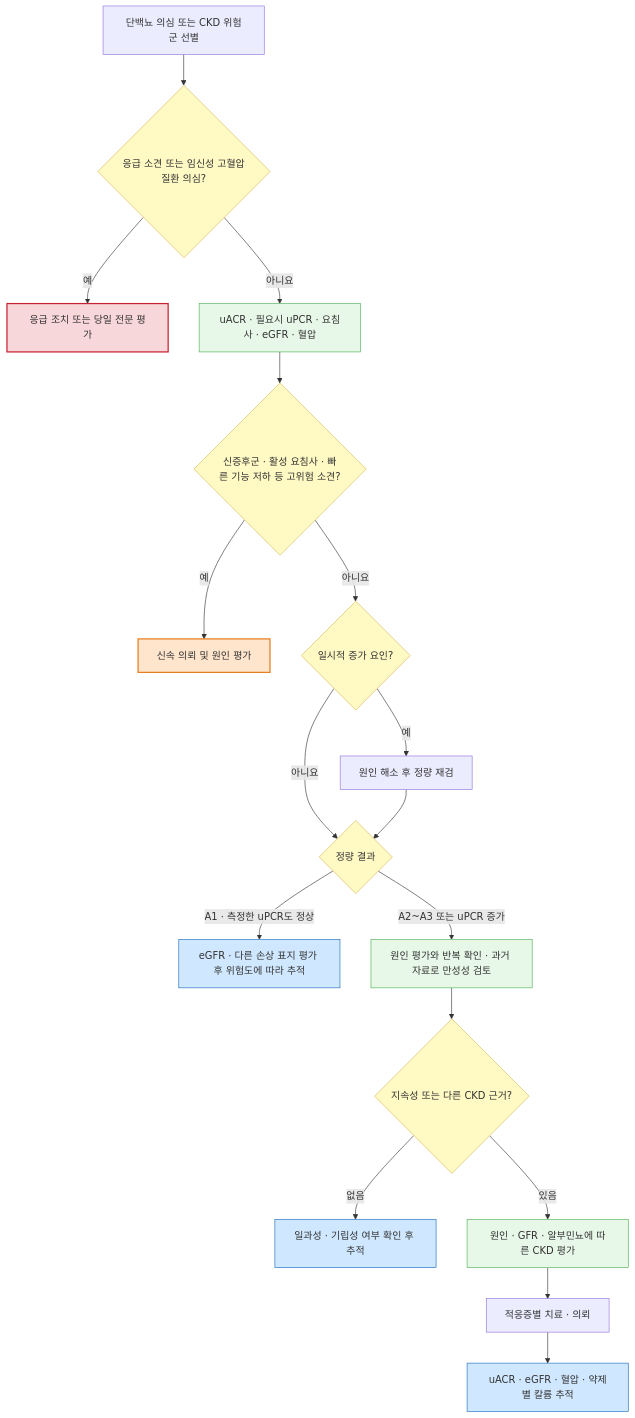
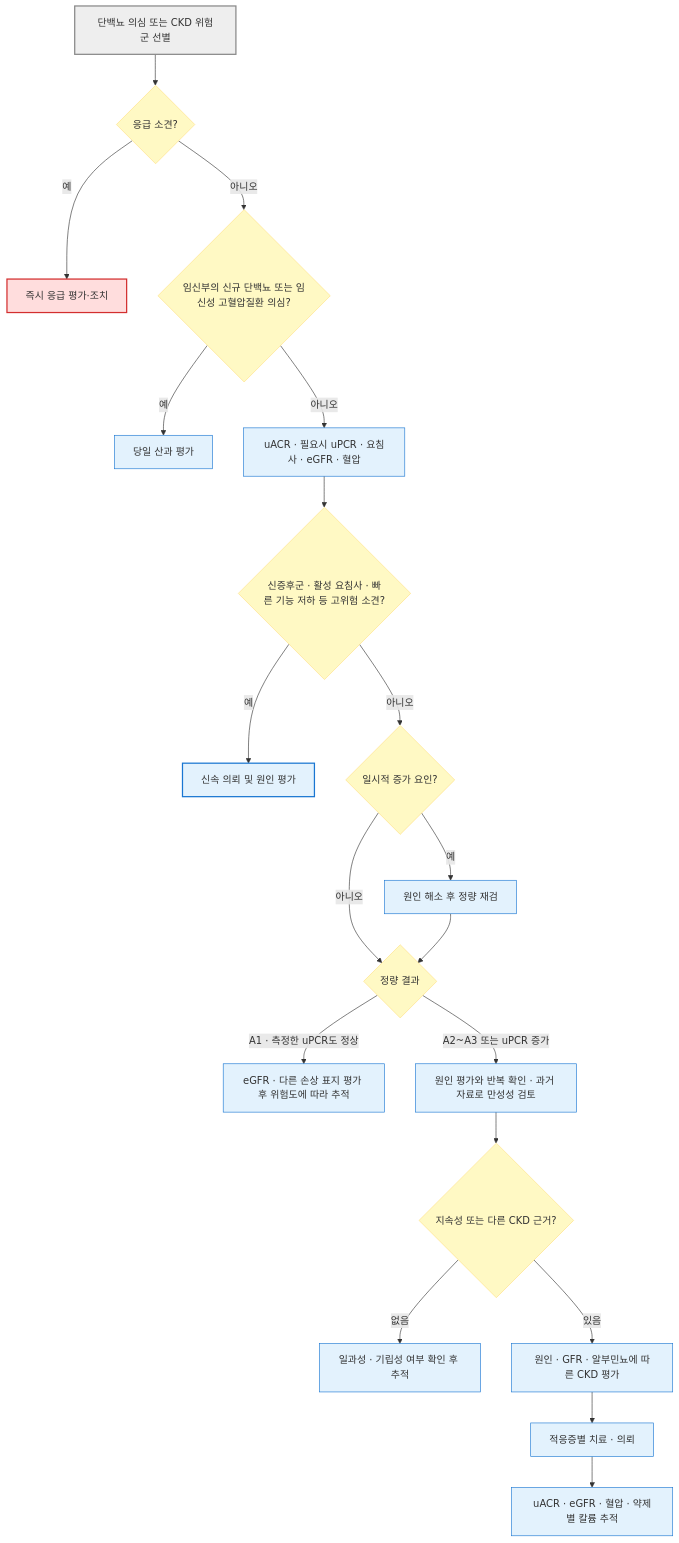
Before and after one commit to familyoh77/familyoh77: the diagram in 227_/111_-proteinuria.md, drawn with Mermaid. The commit also changed other lines of this file and 10 other files, not shown here.

````diff
--- a/227_/111_-proteinuria.md
+++ b/227_/111_-proteinuria.md
@@ -218,27 +218,31 @@
 ```mermaid
 flowchart TD
-    D1["단백뇨 의심 또는 CKD 위험군 선별"] --> Q{"응급 소견 또는 임신성 고혈압질환 의심?"}
-    Q -->|예| ER["응급 조치 또는 당일 전문 평가"]
-    Q -->|아니요| U1["uACR · 필요시 uPCR · 요침사 · eGFR · 혈압"]
+    D1["단백뇨 의심 또는 CKD 위험군 선별"] --> Q{"응급 소견?"}
+    Q -- "예" --> ER["즉시 응급 평가·조치"]
+    Q -- "아니오" --> PQ{"임신부의 신규 단백뇨 또는 임신성 고혈압질환 의심?"}
+    PQ -- "예" --> OB["당일 산과 평가"]
+    PQ -- "아니오" --> U1["uACR · 필요시 uPCR · 요침사 · eGFR · 혈압"]
     U1 --> H{"신증후군 · 활성 요침사 · 빠른 기능 저하 등 고위험 소견?"}
-    H -->|예| Ref["신속 의뢰 및 원인 평가"]
-    H -->|아니요| C{"일시적 증가 요인?"}
-    C -->|예| R["원인 해소 후 정량 재검"]
-    C -->|아니요| A{"정량 결과"}
+    H -- "예" --> Ref["신속 의뢰 및 원인 평가"]
+    H -- "아니오" --> C{"일시적 증가 요인?"}
+    C -- "예" --> R["원인 해소 후 정량 재검"]
+    C -- "아니오" --> A{"정량 결과"}
     R --> A
-    A -->|"A1 · 측정한 uPCR도 정상"| E1["eGFR · 다른 손상 표지 평가 후 위험도에 따라 추적"]
-    A -->|"A2~A3 또는 uPCR 증가"| P["원인 평가와 반복 확인 · 과거 자료로 만성성 검토"]
+    A -- "A1 · 측정한 uPCR도 정상" --> E1["eGFR · 다른 손상 표지 평가 후 위험도에 따라 추적"]
+    A -- "A2~A3 또는 uPCR 증가" --> P["원인 평가와 반복 확인 · 과거 자료로 만성성 검토"]
     P --> K{"지속성 또는 다른 CKD 근거?"}
-    K -->|없음| F1["일과성 · 기립성 여부 확인 후 추적"]
-    K -->|있음| CKD["원인 · GFR · 알부민뇨에 따른 CKD 평가"]
+    K -- "없음" --> F1["일과성 · 기립성 여부 확인 후 추적"]
+    K -- "있음" --> CKD["원인 · GFR · 알부민뇨에 따른 CKD 평가"]
     CKD --> Tx["적응증별 치료 · 의뢰"]
     Tx --> FU["uACR · eGFR · 혈압 · 약제별 칼륨 추적"]
-    classDef decision fill:#fff9c4,stroke:#d6b656
-    classDef evaluation fill:#e8f8e8,stroke:#4caf50
-    classDef endpoint fill:#d0e8ff,stroke:#1a6abf
-    class Q,H,C,A,K decision
-    class U1,P,CKD evaluation
+    classDef start fill:#eeeeee,stroke:#888888,stroke-width:2px
+    classDef decision fill:#fff9c4,stroke:#ffe082
+    classDef evaluation fill:#e3f2fd,stroke:#1976d2
+    classDef endpoint fill:#e3f2fd,stroke:#1976d2
+    class D1 start
+    class Q,PQ,H,C,A,K decision
+    class U1,R,P,CKD,Tx,OB evaluation
     class E1,F1,FU endpoint
-    style ER fill:#f8d7da,stroke:#c82333,stroke-width:2px
-    style Ref fill:#ffe5cc,stroke:#e67e22,stroke-width:2px
+    style ER fill:#ffdddd,stroke:#d32f2f,stroke-width:2px
+    style Ref fill:#e3f2fd,stroke:#1976d2,stroke-width:2px
 ```
````
